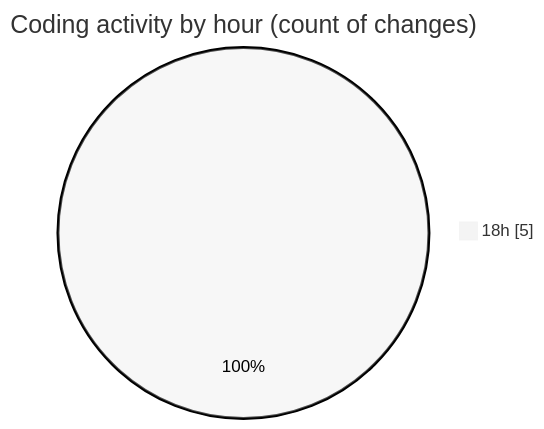
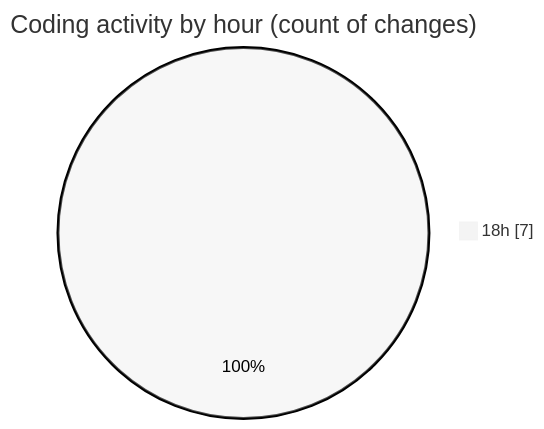
Before and after one commit to JenPaints/code-tracking: the second of 2 diagrams in 2025-07-11/playgram-motion-arena-main/README.md, drawn with Mermaid (neutral theme). The commit also changed other lines of this file and 1 other file, not shown here.

````diff
--- a/2025-07-11/playgram-motion-arena-main/README.md
+++ b/2025-07-11/playgram-motion-arena-main/README.md
@@ -32,5 +34,5 @@
 ```mermaid
 pie showData
 title Coding activity by hour (count of changes)
-"18h" : 5
+"18h" : 7
 ```
````
